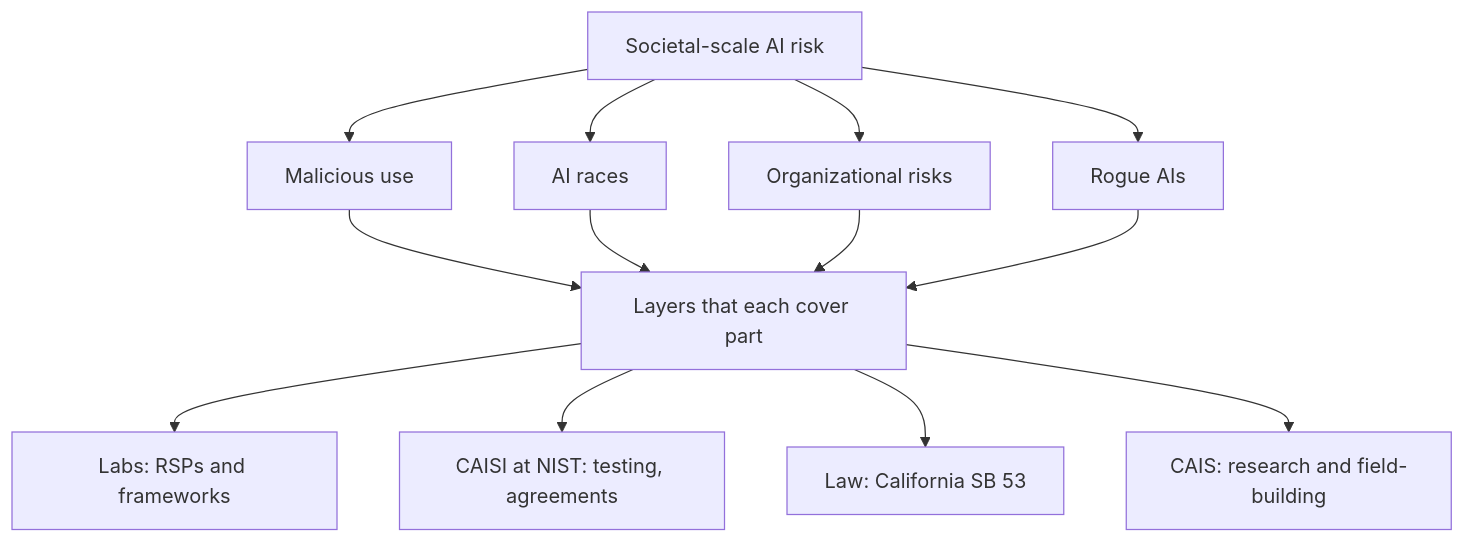
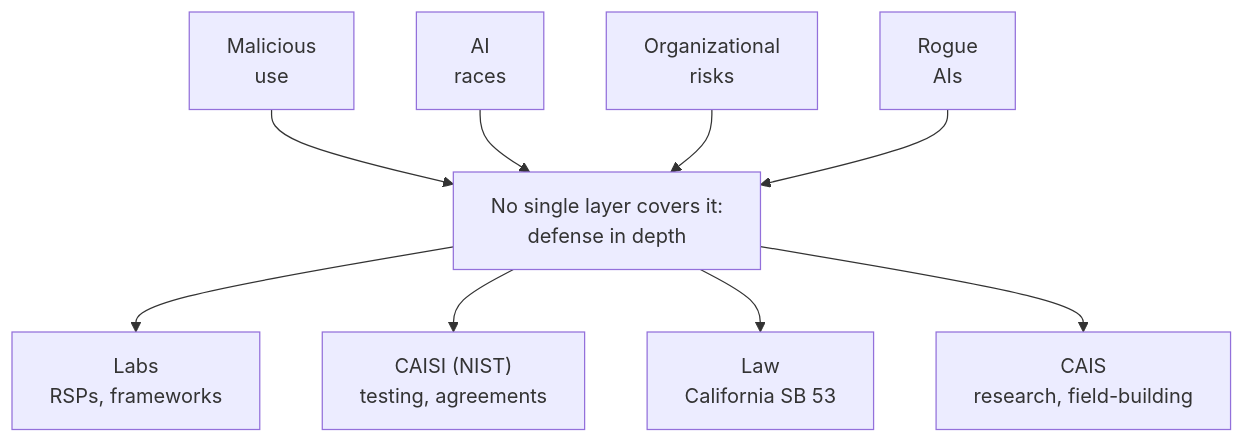
One commit to Abhi4972/AI-From-Zero-to-Hero changed the diagram in data/diagrams/a1522.mmd. Above: the diagram before and after it, drawn with Mermaid. The commit also changed 88 other files, not shown here.

First line of the commit message:
Phase 14: step-through diagrams for 30 lessons; tidy wide Phase 15-16 diagrams

```diff
--- a/data/diagrams/a1522.mmd
+++ b/data/diagrams/a1522.mmd
@@ -1,13 +1,9 @@
 flowchart TD
-  R["Societal-scale AI risk"] --> M["Malicious use"]
-  R --> AR["AI races"]
-  R --> O["Organizational risks"]
-  R --> RA["Rogue AIs"]
-  M --> L["Layers that each cover part"]
-  AR --> L
-  O --> L
-  RA --> L
-  L --> L1["Labs: RSPs and frameworks"]
-  L --> L2["CAISI at NIST: testing, agreements"]
-  L --> L3["Law: California SB 53"]
-  L --> L4["CAIS: research and field-building"]
+  M["Malicious<br/>use"] --> L["No single layer covers it:<br/>defense in depth"]
+  AR["AI<br/>races"] --> L
+  O["Organizational<br/>risks"] --> L
+  RA["Rogue<br/>AIs"] --> L
+  L --> L1["Labs<br/>RSPs, frameworks"]
+  L --> L2["CAISI (NIST)<br/>testing, agreements"]
+  L --> L3["Law<br/>California SB 53"]
+  L --> L4["CAIS<br/>research, field-building"]
```
